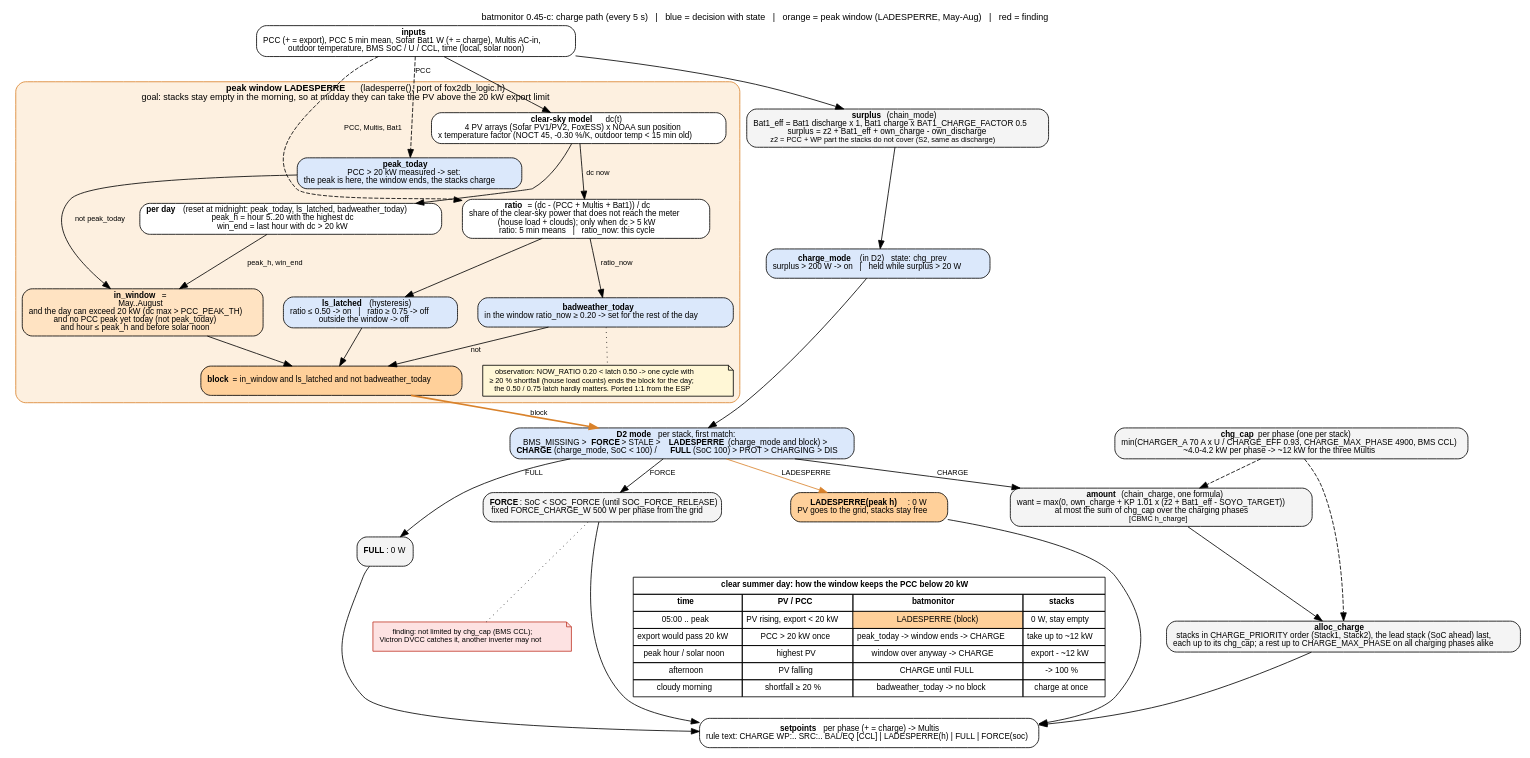
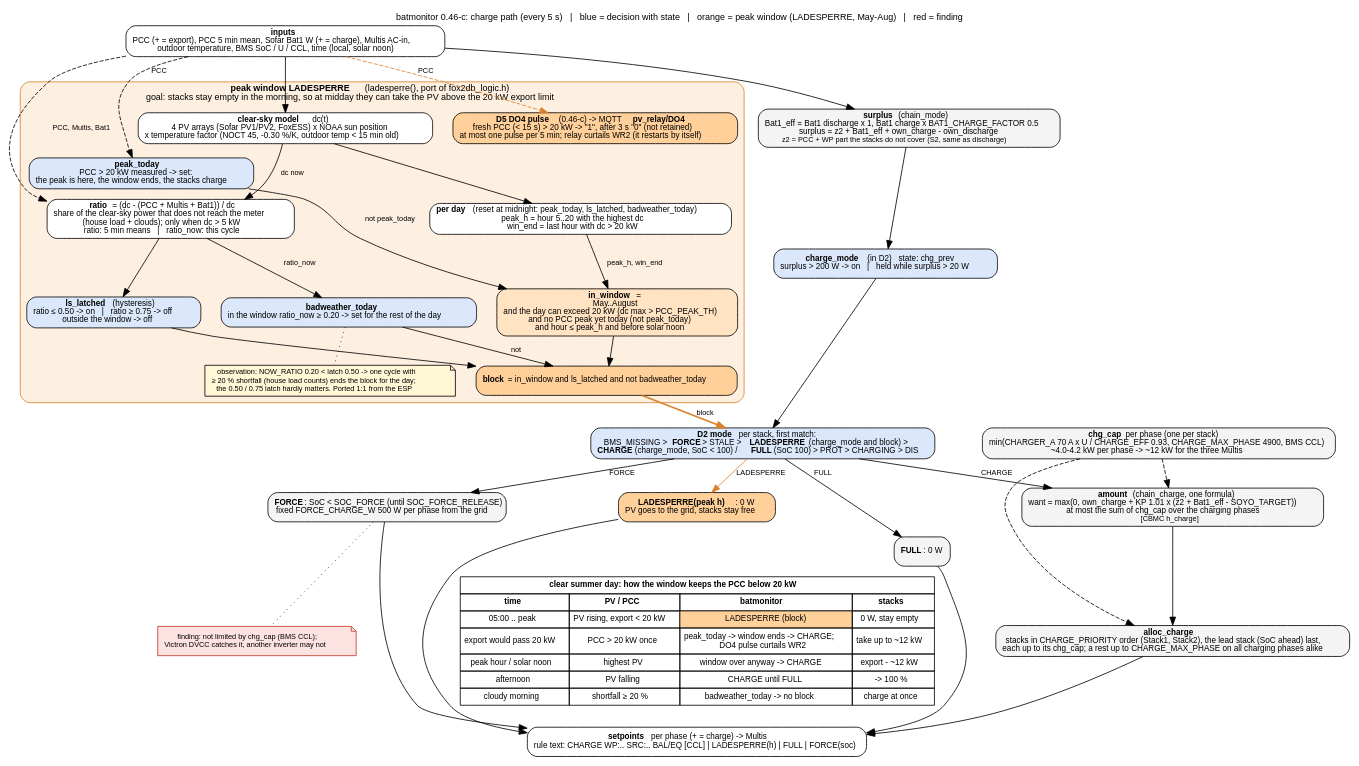
One commit to gerontec/victron changed the diagram in docs/charge_flow.dot. Above: the diagram before and after it, drawn with Graphviz. The commit also changed 7 other files, not shown here.

First line of the commit message:
batmonitor 0.46-c: DO4 pulse "curtail WR2" on MQTT pv_relay/DO4 when the PCC export passes 20 kW

```diff
--- a/docs/charge_flow.dot
+++ b/docs/charge_flow.dot
@@ -1,84 +1,86 @@
-// batmonitor 0.45-c: charge path of one cycle, with the summer peak window (LADESPERRE) that keeps the stacks free in
+// batmonitor 0.46-c: charge path of one cycle, with the summer peak window (LADESPERRE) that keeps the stacks free in
 // the morning so they can take the midday PV and the PCC export stays below PCC_PEAK_TH (20 kW).
 // render: dot -Tpdf charge_flow.dot -o charge_flow.pdf   (or -Tpng)
 digraph charge {
 	graph [rankdir=TB, fontname="Helvetica", fontsize=11, nodesep=0.35, ranksep=0.35, newrank=true,
-		   label="batmonitor 0.45-c: charge path (every 5 s)   |   blue = decision with state   |   orange = peak window (LADESPERRE, May-Aug)   |   red = finding",
+		   label="batmonitor 0.46-c: charge path (every 5 s)   |   blue = decision with state   |   orange = peak window (LADESPERRE, May-Aug)   |   red = finding",
 		   labelloc=t];
 	node [shape=box, style="rounded,filled", fillcolor="#f4f4f4", fontname="Helvetica", fontsize=10];
 	edge [fontname="Helvetica", fontsize=9];
 
 	in [label=<<b>inputs</b><br/>PCC (+ = export), PCC 5 min mean, Sofar Bat1 W (+ = charge), Multis AC-in,<br/>outdoor temperature, BMS SoC / U / CCL, time (local, solar noon)>, fillcolor="#ffffff"];
 
 	surplus [label=<<b>surplus</b> (chain_mode)<br/>Bat1_eff = Bat1 discharge x 1, Bat1 charge x BAT1_CHARGE_FACTOR 0.5<br/>surplus = z2 + Bat1_eff + own_charge - own_discharge<br/><font point-size="9">z2 = PCC + WP part the stacks do not cover (S2, same as discharge)</font>>];
 
 	cmode [label=<<b>charge_mode</b> (in D2)   state: chg_prev<br/>surplus &gt; 200 W -&gt; on   |   held while surplus &gt; 20 W>, fillcolor="#dbe8fb"];
 
 	subgraph cluster_ls {
 		label=<<b>peak window LADESPERRE</b> (ladesperre(), port of fox2db_logic.h)<br/>goal: stacks stay empty in the morning, so at midday they can take the PV above the 20 kW export limit>;
 		style="rounded,filled"; fillcolor="#fdf0e0"; color="#d9822b"; fontsize=11;
 
 		model [label=<<b>clear-sky model</b> dc(t)<br/>4 PV arrays (Sofar PV1/PV2, FoxESS) x NOAA sun position<br/>x temperature factor (NOCT 45, -0.30 %/K, outdoor temp &lt; 15 min old)>, fillcolor="#ffffff"];
 		day [label=<<b>per day</b> (reset at midnight: peak_today, ls_latched, badweather_today)<br/>peak_h = hour 5..20 with the highest dc<br/>win_end = last hour with dc &gt; 20 kW>, fillcolor="#ffffff"];
 		window [label=<<b>in_window</b> =<br/>May..August<br/>and the day can exceed 20 kW (dc max &gt; PCC_PEAK_TH)<br/>and no PCC peak yet today (not peak_today)<br/>and hour &le; peak_h and before solar noon>, fillcolor="#ffe3c2"];
 		ratio [label=<<b>ratio</b> = (dc - (PCC + Multis + Bat1)) / dc<br/>share of the clear-sky power that does not reach the meter<br/>(house load + clouds); only when dc &gt; 5 kW<br/>ratio: 5 min means   |   ratio_now: this cycle>, fillcolor="#ffffff"];
 		latch [label=<<b>ls_latched</b> (hysteresis)<br/>ratio &le; 0.50 -&gt; on   |   ratio &ge; 0.75 -&gt; off<br/>outside the window -&gt; off>, fillcolor="#dbe8fb"];
 		bad [label=<<b>badweather_today</b><br/>in the window ratio_now &ge; 0.20 -&gt; set for the rest of the day>, fillcolor="#dbe8fb"];
 		peak [label=<<b>peak_today</b><br/>PCC &gt; 20 kW measured -&gt; set:<br/>the peak is here, the window ends, the stacks charge>, fillcolor="#dbe8fb"];
+		do4 [label=<<b>D5 DO4 pulse</b> (0.46-c) -&gt; MQTT <b>pv_relay/DO4</b><br/>fresh PCC (&lt; 15 s) &gt; 20 kW -&gt; "1", after 3 s "0" (not retained)<br/>at most one pulse per 5 min; relay curtails WR2 (it restarts by itself)>, fillcolor="#ffd09a"];
 		block [label=<<b>block</b> = in_window and ls_latched and not badweather_today>, fillcolor="#ffd09a"];
 		note_ls [shape=note, fillcolor="#fff7d6", fontsize=9, label=<observation: NOW_RATIO 0.20 &lt; latch 0.50 -&gt; one cycle with<br/>&ge; 20 % shortfall (house load counts) ends the block for the day;<br/>the 0.50 / 0.75 latch hardly matters. Ported 1:1 from the ESP>];
 
 		model -> day;
 		model -> ratio [label=" dc now"];
 		day -> window [label=" peak_h, win_end"];
 		peak -> window [label=" not peak_today"];
 		ratio -> latch;
 		ratio -> bad [label=" ratio_now"];
 		window -> block;
 		latch -> block;
 		bad -> block [label=" not"];
 		bad -> note_ls [style=dotted, arrowhead=none];
 	}
 
 	d2 [label=<<b>D2 mode</b> per stack, first match:<br/>BMS_MISSING &gt; <b>FORCE</b> &gt; STALE &gt; <b>LADESPERRE</b> (charge_mode and block) &gt;<br/><b>CHARGE</b> (charge_mode, SoC &lt; 100) / <b>FULL</b> (SoC 100) &gt; PROT &gt; CHARGING &gt; DIS>, fillcolor="#dbe8fb"];
 
 	force [label=<<b>FORCE</b>: SoC &lt; SOC_FORCE (until SOC_FORCE_RELEASE)<br/>fixed FORCE_CHARGE_W 500 W per phase from the grid>];
 	force_note [shape=note, fillcolor="#fde2e2", color="#c0392b", fontsize=9, label=<finding: not limited by chg_cap (BMS CCL);<br/>Victron DVCC catches it, another inverter may not>];
 	lsout [label=<<b>LADESPERRE(peak h)</b>: 0 W<br/>PV goes to the grid, stacks stay free>, fillcolor="#ffd09a"];
 	full [label=<<b>FULL</b>: 0 W>];
 
 	amount [label=<<b>amount</b> (chain_charge, one formula)<br/>want = max(0, own_charge + KP 1.01 x (z2 + Bat1_eff - SOYO_TARGET))<br/>at most the sum of chg_cap over the charging phases<br/><font point-size="9">[CBMC h_charge]</font>>];
 	caps [label=<<b>chg_cap</b> per phase (one per stack)<br/>min(CHARGER_A 70 A x U / CHARGE_EFF 0.93, CHARGE_MAX_PHASE 4900, BMS CCL)<br/>~4.0-4.2 kW per phase -&gt; ~12 kW for the three Multis>];
 	alloc [label=<<b>alloc_charge</b><br/>stacks in CHARGE_PRIORITY order (Stack1, Stack2), the lead stack (SoC ahead) last,<br/>each up to its chg_cap; a rest up to CHARGE_MAX_PHASE on all charging phases alike>];
 
 	out [label=<<b>setpoints</b> per phase (+ = charge) -&gt; Multis<br/>rule text: CHARGE WP:.. SRC:.. BAL/EQ [CCL] | LADESPERRE(h) | FULL | FORCE(soc)>, fillcolor="#ffffff"];
 
 	timeline [shape=plain, label=<
 		<table border="0" cellborder="1" cellspacing="0" cellpadding="4" bgcolor="#ffffff">
 		<tr><td colspan="4"><b>clear summer day: how the window keeps the PCC below 20 kW</b></td></tr>
 		<tr><td><b>time</b></td><td><b>PV / PCC</b></td><td><b>batmonitor</b></td><td><b>stacks</b></td></tr>
 		<tr><td>05:00 .. peak</td><td>PV rising, export &lt; 20 kW</td><td bgcolor="#ffd09a">LADESPERRE (block)</td><td>0 W, stay empty</td></tr>
-		<tr><td>export would pass 20 kW</td><td>PCC &gt; 20 kW once</td><td>peak_today -&gt; window ends -&gt; CHARGE</td><td>take up to ~12 kW</td></tr>
+		<tr><td>export would pass 20 kW</td><td>PCC &gt; 20 kW once</td><td>peak_today -&gt; window ends -&gt; CHARGE;<br/>DO4 pulse curtails WR2</td><td>take up to ~12 kW</td></tr>
 		<tr><td>peak hour / solar noon</td><td>highest PV</td><td>window over anyway -&gt; CHARGE</td><td>export - ~12 kW</td></tr>
 		<tr><td>afternoon</td><td>PV falling</td><td>CHARGE until FULL</td><td>-&gt; 100 %</td></tr>
 		<tr><td>cloudy morning</td><td>shortfall &ge; 20 %</td><td>badweather_today -&gt; no block</td><td>charge at once</td></tr>
 		</table>>];
 
 	in -> surplus -> cmode -> d2;
 	in -> model;
 	in -> ratio [style=dashed, label=" PCC, Multis, Bat1"];
 	in -> peak [style=dashed, label=" PCC"];
+	in -> do4 [style=dashed, label=" PCC", color="#d9822b"];
 	block -> d2 [color="#d9822b", penwidth=2, label=" block"];
 	d2 -> force [label=" FORCE"];
 	d2 -> lsout [label=" LADESPERRE", color="#d9822b"];
 	d2 -> amount [label=" CHARGE"];
 	d2 -> full [label=" FULL"];
 	force -> force_note [style=dotted, arrowhead=none];
 	caps -> amount [style=dashed];
 	caps -> alloc [style=dashed];
 	amount -> alloc -> out;
 	force -> out;
 	lsout -> out;
 	full -> out;
 	lsout -> timeline [style=invis];
 }
```
